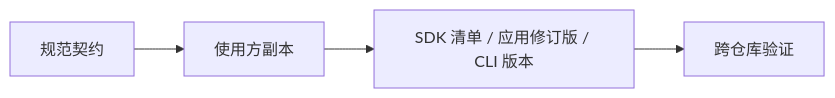
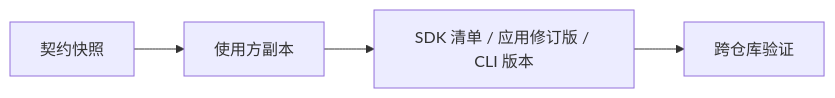
Before and after one commit to risense-ai/respire-docs: the diagram in docs/zh/contracts.md, drawn with Mermaid. The commit also changed other lines of this file and 117 other files, not shown here.

````diff
--- a/docs/zh/contracts.md
+++ b/docs/zh/contracts.md
@@ -13,6 +17,6 @@
 ```mermaid
 flowchart LR
-  Canonical["规范契约"] --> Copies["使用方副本"]
+  Canonical["契约快照"] --> Copies["使用方副本"]
   Copies --> Pins["SDK 清单 / 应用修订版 / CLI 版本"]
   Pins --> Checks["跨仓库验证"]
 ```
````
